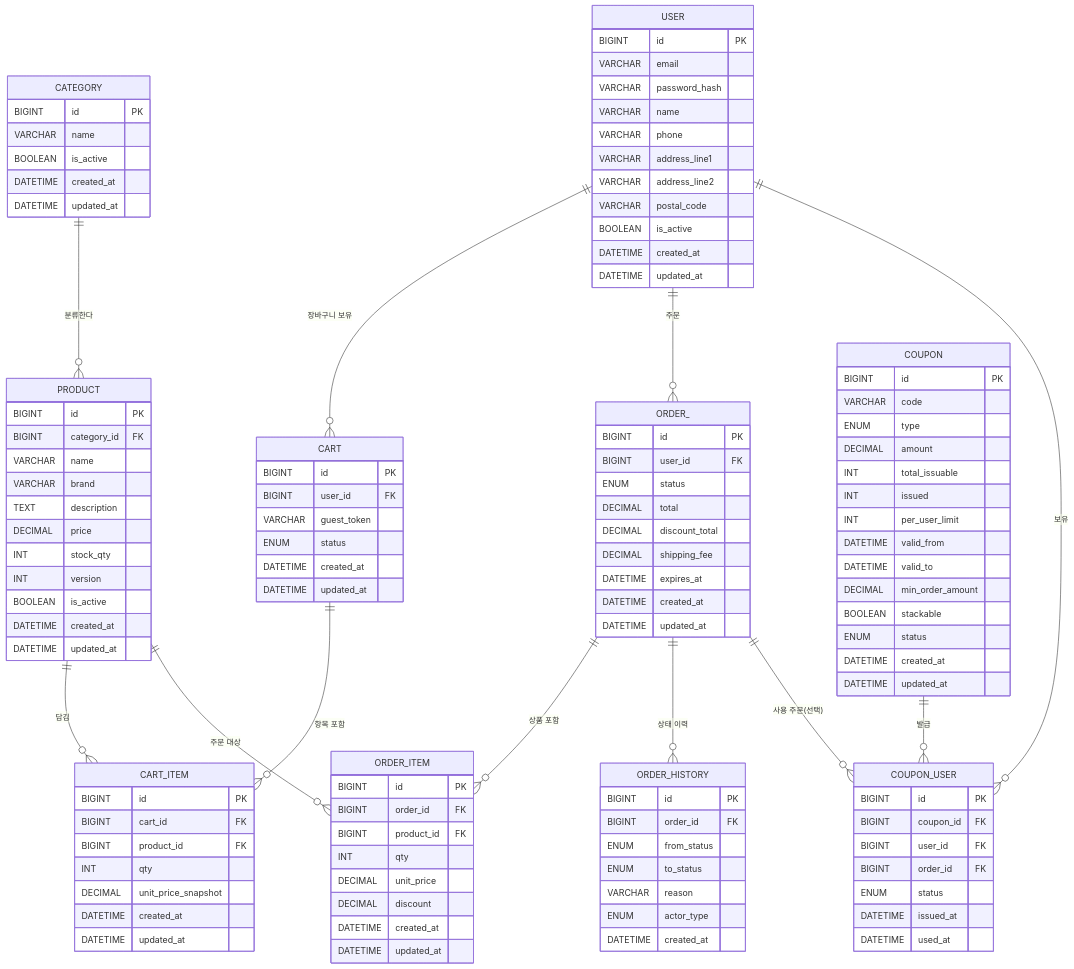
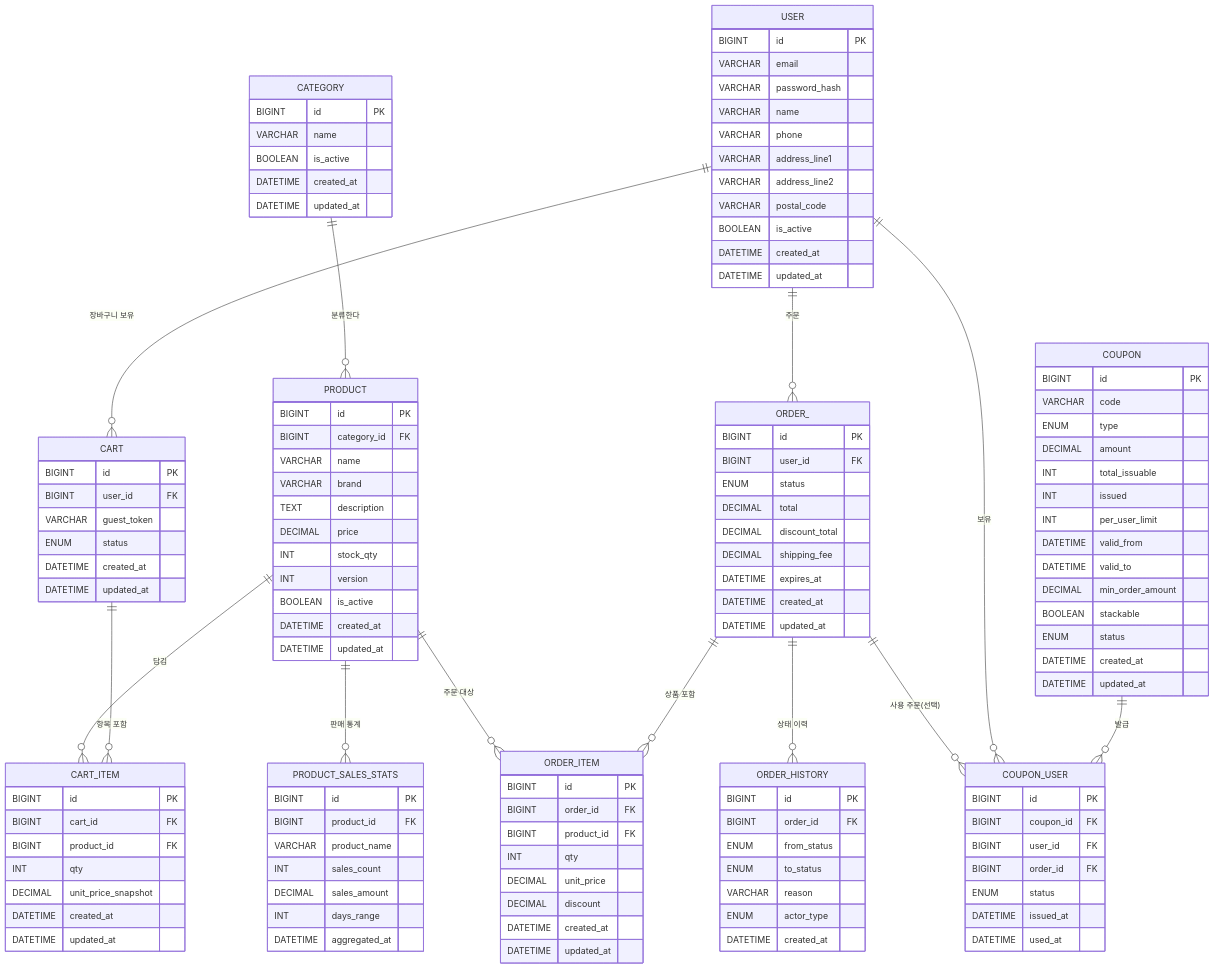
One commit to namuneo/hh_plus_week2 changed the diagram in docs/erd.md. Above: the diagram before and after it, drawn with Mermaid. The commit also changed other lines of this file and 5 other files, not shown here.

````diff
--- a/docs/erd.md
+++ b/docs/erd.md
@@ -119,6 +119,16 @@
         DATETIME used_at
     }
 
+    PRODUCT_SALES_STATS {
+        BIGINT id PK
+        BIGINT product_id FK
+        VARCHAR product_name
+        INT sales_count
+        DECIMAL sales_amount
+        INT days_range
+        DATETIME aggregated_at
+    }
+
 %% Relationships
     CATEGORY ||--o{ PRODUCT : "분류한다"
     USER     ||--o{ CART : "장바구니 보유"
@@ -134,4 +144,6 @@
     USER     ||--o{ COUPON_USER : "보유"
     ORDER_   ||--o{ COUPON_USER : "사용 주문(선택)"
 
+    PRODUCT  ||--o{ PRODUCT_SALES_STATS : "판매 통계"
+
 ```
````
